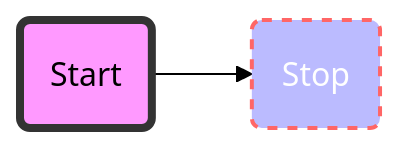
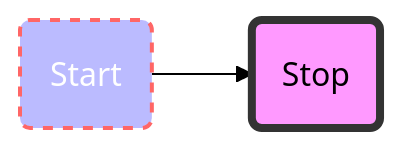
The second of 2 diagrams in Welcome file.md (danny-dang/datascience-cheatsheet), drawn with Mermaid (forest theme) before and after one commit. The commit also changed other lines of this file, not shown here.

Commit message:
Welcome file.md updated from https://stackedit.io/

````diff
--- a/Welcome file.md
+++ b/Welcome file.md
@@ -137,6 +137,6 @@
 ```mermaid
 graph LR
 id1(Start)-->id2(Stop) 
-style id1 fill:#f9f,stroke:#333,stroke-width:4px 
-style id2 fill:#bbf,stroke:#f66,stroke-width:2px,color:#fff,stroke-dasharray: 5, 5
+style id2 fill:#f9f,stroke:#333,stroke-width:4px 
+style id1 fill:#bbf,stroke:#f66,stroke-width:2px,color:#fff,stroke-dasharray: 5, 5
 ```
````
